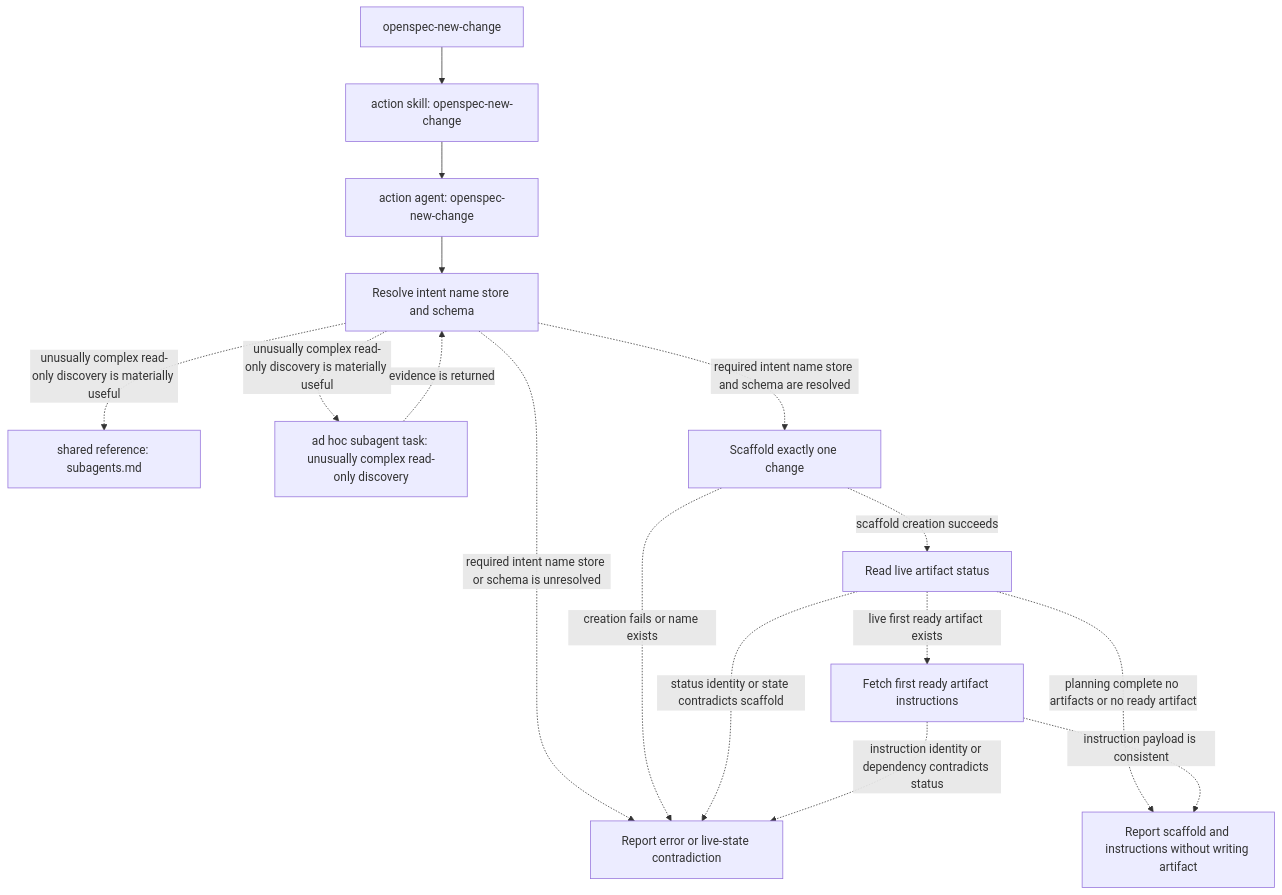
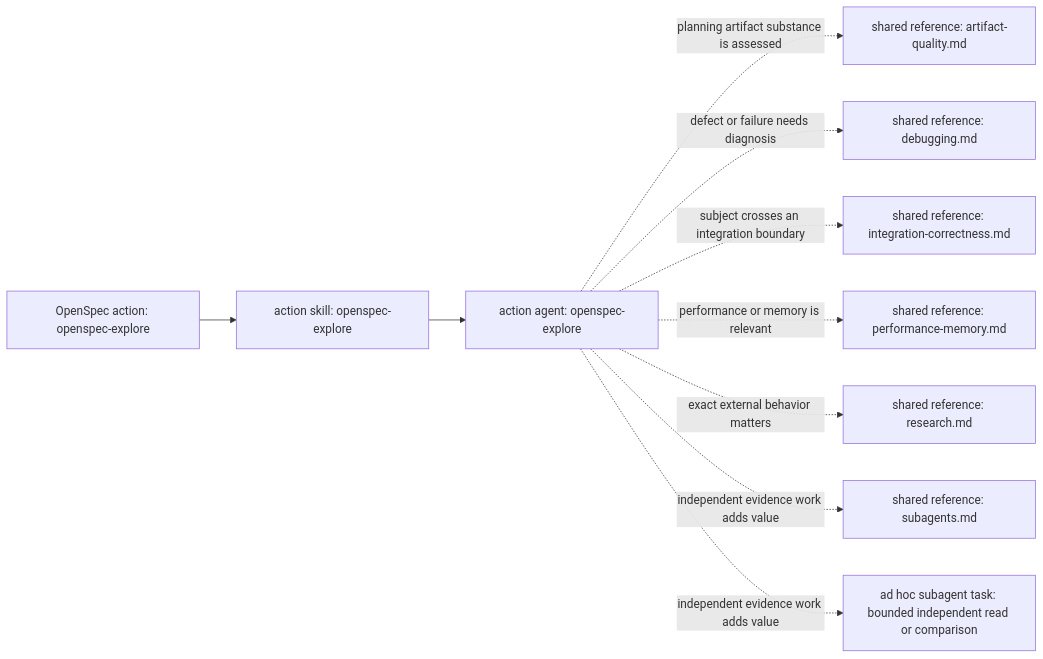
One commit to rashtao/codex-openspec-setup changed the ninth of 26 diagrams in release/USER_GUIDE.md. Above: the diagram before and after it, drawn with Mermaid. The commit also changed other lines of this file and 1 other file, not shown here.

Commit message:
simplified diagrams

````diff
--- a/release/USER_GUIDE.md
+++ b/release/USER_GUIDE.md
@@ -502,29 +339,22 @@
 ```mermaid
-flowchart TD
-action["openspec-new-change"]
-skill["action skill: openspec-new-change"]
-agent["action agent: openspec-new-change"]
-resolve["Resolve intent name store and schema"]
+flowchart LR
+action["OpenSpec action: openspec-explore"]
+skill["action skill: openspec-explore"]
+agent["action agent: openspec-explore"]
+readTask["ad hoc subagent task: bounded independent read or comparison"]
+artifactQualityRef["shared reference: artifact-quality.md"]
+debuggingRef["shared reference: debugging.md"]
+integrationCorrectnessRef["shared reference: integration-correctness.md"]
+performanceMemoryRef["shared reference: performance-memory.md"]
+researchRef["shared reference: research.md"]
 subagentsRef["shared reference: subagents.md"]
-readTask["ad hoc subagent task: unusually complex read-only discovery"]
-scaffold["Scaffold exactly one change"]
-status["Read live artifact status"]
-instructions["Fetch first ready artifact instructions"]
-report["Report scaffold and instructions without writing artifact"]
-stopped["Report error or live-state contradiction"]
 action --> skill
 skill --> agent
-agent --> resolve
-resolve -. unusually complex read-only discovery is materially useful .-> subagentsRef
-resolve -. unusually complex read-only discovery is materially useful .-> readTask
-readTask -. evidence is returned .-> resolve
-resolve -. required intent name store or schema is unresolved .-> stopped
-resolve -. required intent name store and schema are resolved .-> scaffold
-scaffold -. creation fails or name exists .-> stopped
-scaffold -. scaffold creation succeeds .-> status
-status -. planning complete no artifacts or no ready artifact .-> report
-status -. live first ready artifact exists .-> instructions
-status -. status identity or state contradicts scaffold .-> stopped
-instructions -. instruction identity or dependency contradicts status .-> stopped
-instructions -. instruction payload is consistent .-> report
+agent -. planning artifact substance is assessed .-> artifactQualityRef
+agent -. defect or failure needs diagnosis .-> debuggingRef
+agent -. subject crosses an integration boundary .-> integrationCorrectnessRef
+agent -. performance or memory is relevant .-> performanceMemoryRef
+agent -. exact external behavior matters .-> researchRef
+agent -. independent evidence work adds value .-> subagentsRef
+agent -. independent evidence work adds value .-> readTask
 ```
````
